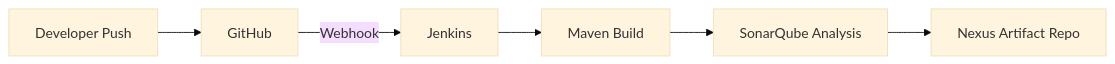
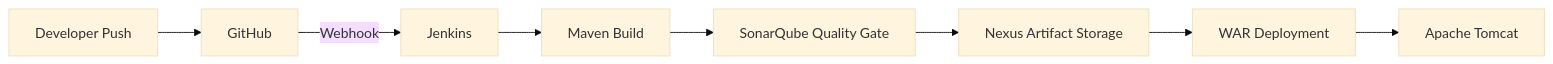
The second of 7 diagrams in README.md (surendra-kumar-07/surendra-kumar-07), drawn with Mermaid (base theme) before and after one commit. The commit also changed other lines of this file, not shown here.

````diff
--- a/README.md
+++ b/README.md
@@ -117,8 +117,10 @@
 ```mermaid
 flowchart LR
     A[Developer Push] --> B[GitHub]
     B -->|Webhook| C[Jenkins]
     C --> D[Maven Build]
-    D --> E[SonarQube Analysis]
-    E --> F[Nexus Artifact Repo]
+    D --> E[SonarQube Quality Gate]
+    E --> F[Nexus Artifact Storage]
+    F --> G[WAR Deployment]
+    G --> H[Apache Tomcat]
 ```
````
